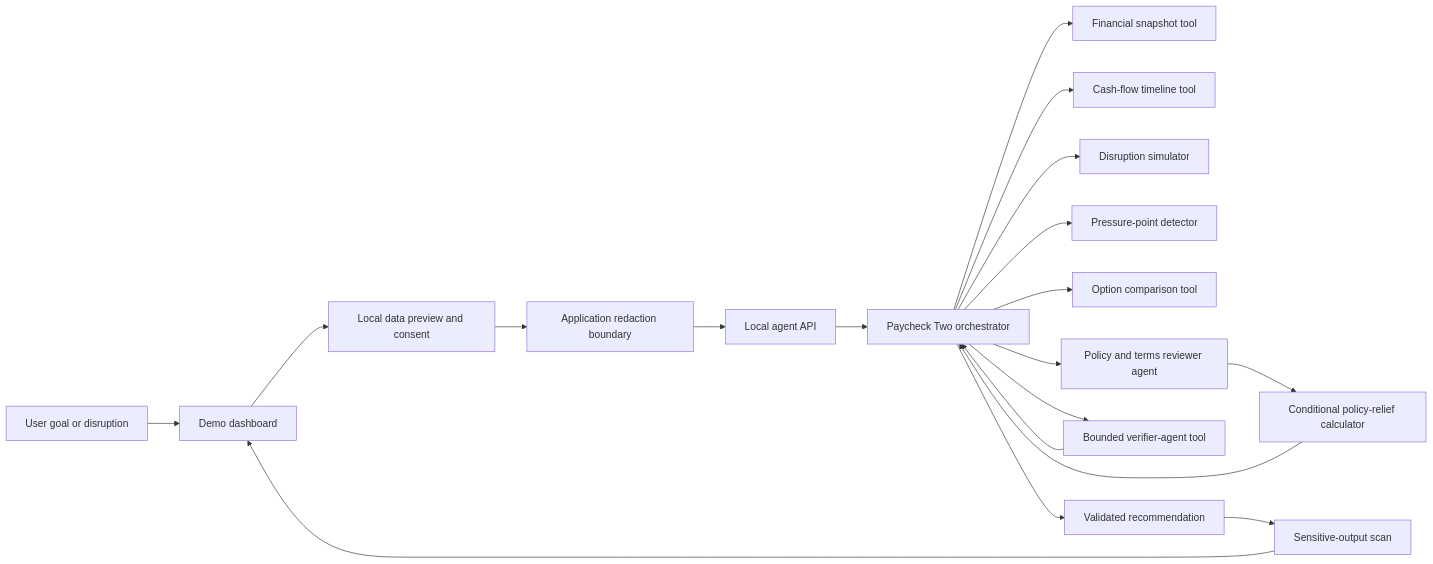
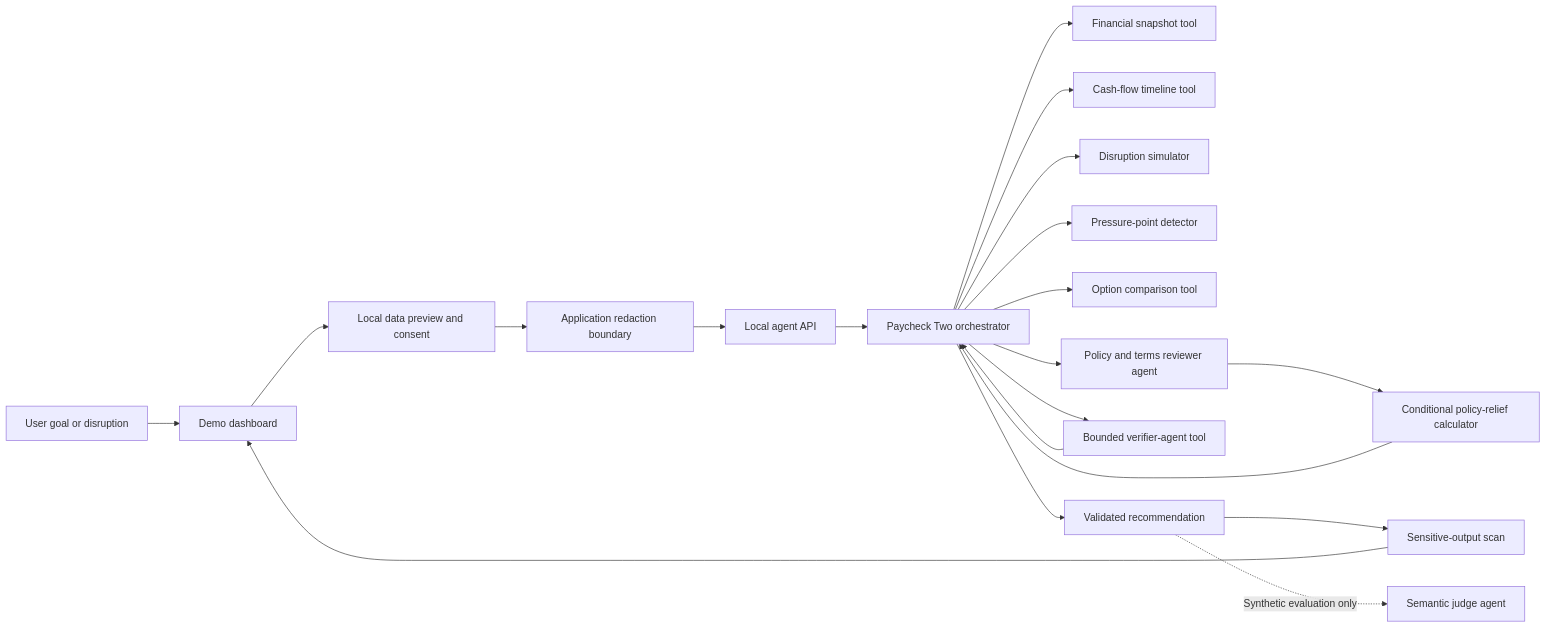
The diagram in README.md (CDunn17/paychecktwo), drawn with Mermaid before and after one commit. The commit also changed other lines of this file and 20 other files, not shown here.

````diff
--- a/README.md
+++ b/README.md
@@ -44,21 +49,22 @@
 ```mermaid
 flowchart LR
     User["User goal or disruption"] --> UI["Demo dashboard"]
     UI --> Preview["Local data preview and consent"]
     Preview --> Redact["Application redaction boundary"]
     Redact --> API["Local agent API"]
     API --> Orchestrator["Paycheck Two orchestrator"]
     Orchestrator --> Snapshot["Financial snapshot tool"]
     Orchestrator --> Timeline["Cash-flow timeline tool"]
     Orchestrator --> Scenario["Disruption simulator"]
     Orchestrator --> Pressure["Pressure-point detector"]
     Orchestrator --> Options["Option comparison tool"]
     Orchestrator --> Policy["Policy and terms reviewer agent"]
     Policy --> Relief["Conditional policy-relief calculator"]
     Relief --> Orchestrator
     Orchestrator --> Verifier["Bounded verifier-agent tool"]
     Verifier --> Orchestrator
     Orchestrator --> Result["Validated recommendation"]
     Result --> OutputScan["Sensitive-output scan"]
     OutputScan --> UI
+    Result -. "Synthetic evaluation only" .-> Judge["Semantic judge agent"]
 ```
````
